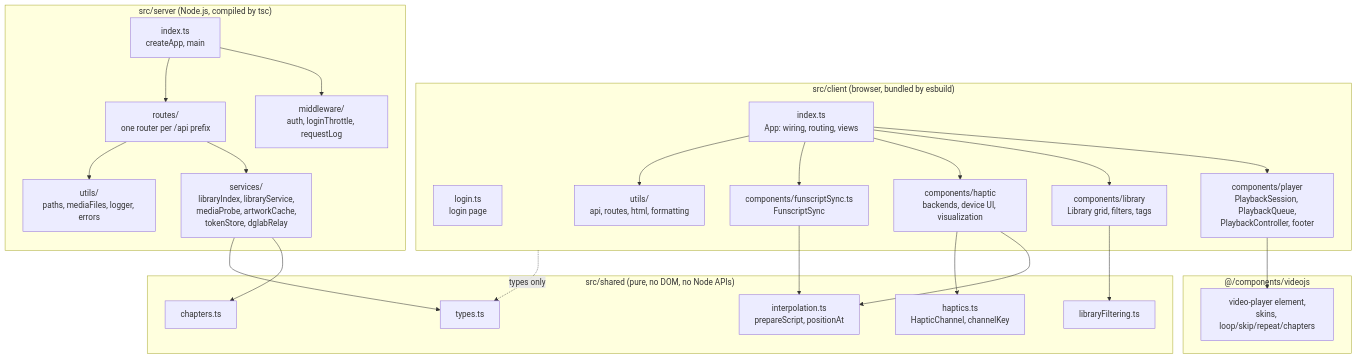
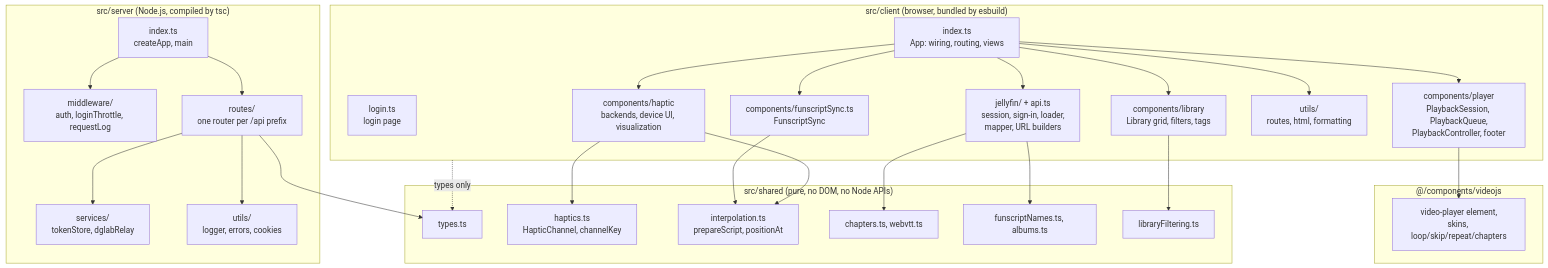
Before and after one commit to lumbar-spine-support/docker-haptic-player: the second of 3 diagrams in docs/developer/architecture.md, drawn with Mermaid. The commit also changed other lines of this file and 16 other files, not shown here.

First line of the commit message:
docs: describe the Jellyfin-backed architecture

````diff
--- a/docs/developer/architecture.md
+++ b/docs/developer/architecture.md
@@ -51,42 +58,45 @@
 ```mermaid
 flowchart TB
   subgraph client["src/client (browser, bundled by esbuild)"]
     AppIndex["index.ts<br/>App: wiring, routing, views"]
     Login["login.ts<br/>login page"]
     Player["components/player<br/>PlaybackSession, PlaybackQueue,<br/>PlaybackController, footer"]
     LibraryUI["components/library<br/>Library grid, filters, tags"]
     Haptic["components/haptic<br/>backends, device UI, visualization"]
     Sync["components/funscriptSync.ts<br/>FunscriptSync"]
-    Utils["utils/<br/>api, routes, html, formatting"]
+    JellyfinC["jellyfin/ + api.ts<br/>session, sign-in, loader,<br/>mapper, URL builders"]
+    Utils["utils/<br/>routes, html, formatting"]
   end
 
   subgraph videojs["@/components/videojs"]
     VJS["video-player element,<br/>skins, loop/skip/repeat/chapters"]
   end
 
   subgraph shared["src/shared (pure, no DOM, no Node APIs)"]
     Types["types.ts"]
     HapticsShared["haptics.ts<br/>HapticChannel, channelKey"]
     Interp["interpolation.ts<br/>prepareScript, positionAt"]
-    Chapters["chapters.ts"]
+    Chapters["chapters.ts, webvtt.ts"]
+    Names["funscriptNames.ts, albums.ts"]
     Filtering["libraryFiltering.ts"]
   end
 
   subgraph server["src/server (Node.js, compiled by tsc)"]
     ServerIndex["index.ts<br/>createApp, main"]
     Middleware["middleware/<br/>auth, loginThrottle, requestLog"]
     Routes["routes/<br/>one router per /api prefix"]
-    Services["services/<br/>libraryIndex, libraryService,<br/>mediaProbe, artworkCache,<br/>tokenStore, dglabRelay"]
-    SUtils["utils/<br/>paths, mediaFiles, logger, errors"]
+    Services["services/<br/>tokenStore, dglabRelay"]
+    SUtils["utils/<br/>logger, errors, cookies"]
   end
 
-  AppIndex --> Player & LibraryUI & Haptic & Sync & Utils
+  AppIndex --> Player & LibraryUI & Haptic & Sync & JellyfinC & Utils
+  JellyfinC --> Names & Chapters
   Player --> VJS
   Sync --> Interp
   Haptic --> Interp & HapticsShared
   LibraryUI --> Filtering
   ServerIndex --> Middleware & Routes
   Routes --> Services & SUtils
-  Services --> Chapters & Types
+  Routes --> Types
   client -. "types only" .-> Types
 ```
````
